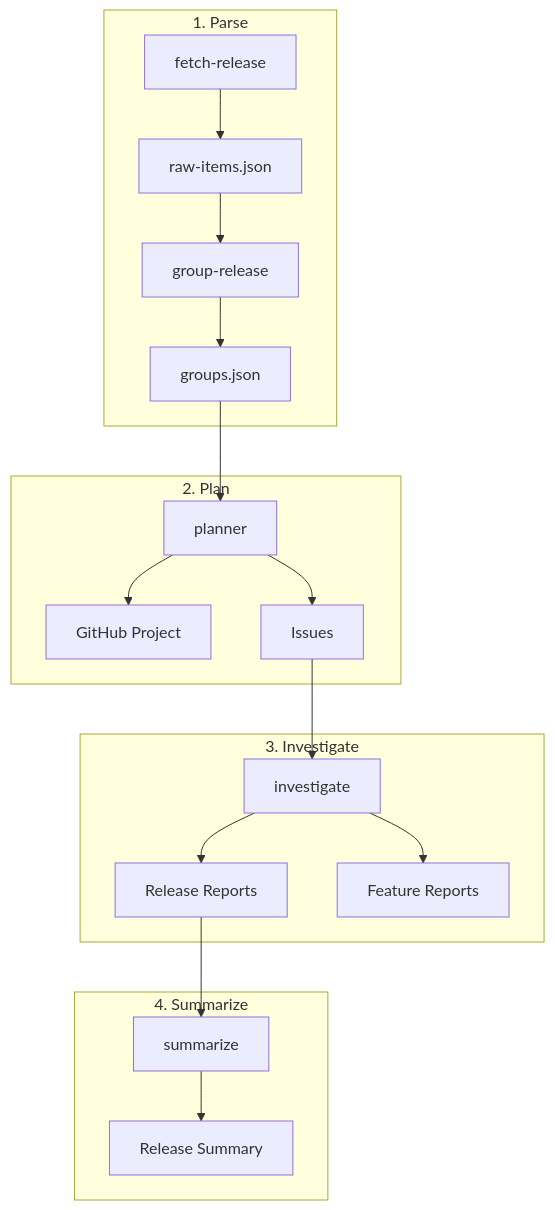
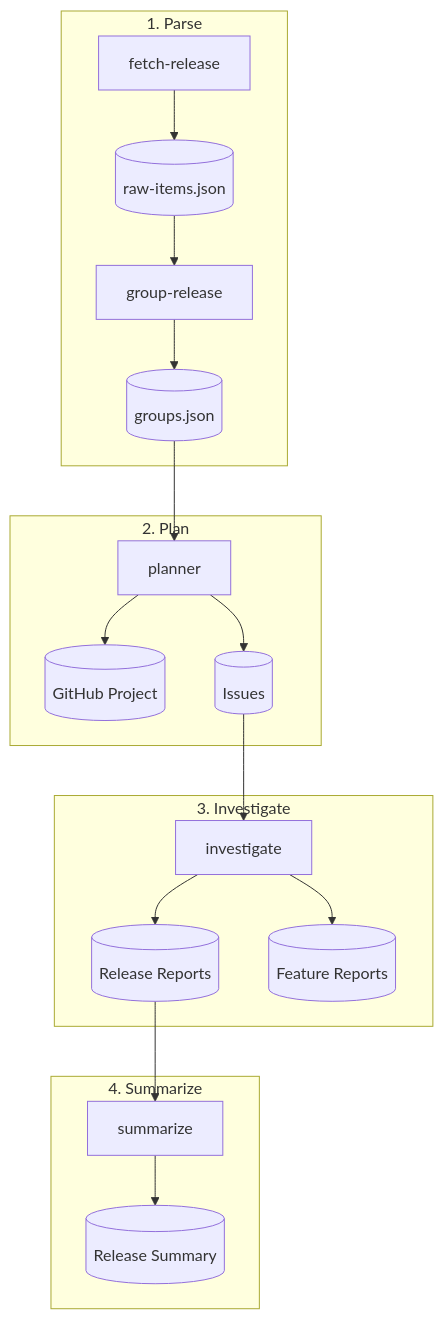
The second of 4 diagrams in README.md (tkykenmt/opensearch-feature-explorer), drawn with Mermaid before and after one commit.

Commit message:
docs: use cylinder shape for artifacts in flowchart

````diff
--- a/README.md
+++ b/README.md
@@ -109,22 +109,22 @@
 ```mermaid
 flowchart TB
     subgraph "1. Parse"
-        A[fetch-release] --> B[raw-items.json]
+        A[fetch-release] --> B[(raw-items.json)]
         B --> C[group-release]
-        C --> D[groups.json]
+        C --> D[(groups.json)]
     end
     subgraph "2. Plan"
         D --> E[planner]
-        E --> F[GitHub Project]
-        E --> G[Issues]
+        E --> F[(GitHub Project)]
+        E --> G[(Issues)]
     end
     subgraph "3. Investigate"
         G --> H[investigate]
-        H --> I[Release Reports]
-        H --> J[Feature Reports]
+        H --> I[(Release Reports)]
+        H --> J[(Feature Reports)]
     end
     subgraph "4. Summarize"
         I --> K[summarize]
-        K --> L[Release Summary]
+        K --> L[(Release Summary)]
     end
 ```
````
